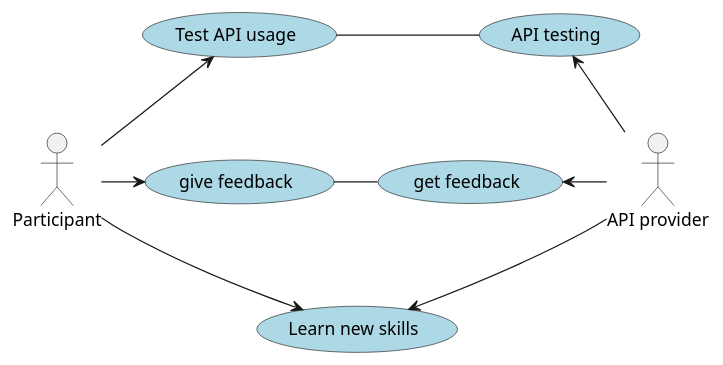
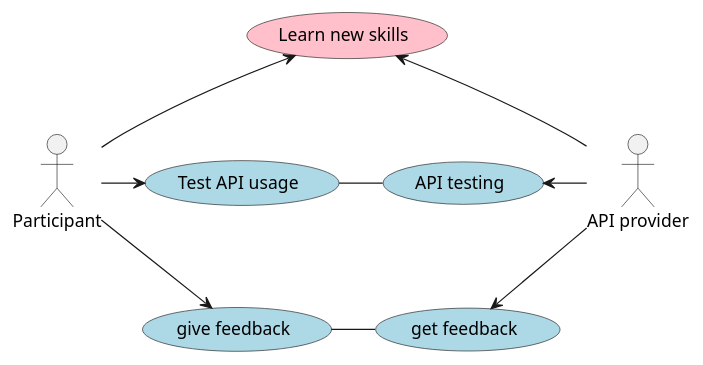
The diagram in FHIR-hackathon-2025/input/images-source/main-use-case.plantuml (HL7Norway/FHIR-hackathon-2025), drawn with PlantUML before and after one commit.

Commit message:
focus on learn new skills in use-case

```diff
--- a/FHIR-hackathon-2025/input/images-source/main-use-case.plantuml
+++ b/FHIR-hackathon-2025/input/images-source/main-use-case.plantuml
@@ -1,51 +1,54 @@
 @startuml
 
 "Participant" as participant
+"API provider" as applikasjon
 
 'rectangle "test" as rect {
+"Learn new skills" as (learn) #pink
 "Test API usage" as (test) #lightblue
 "API testing" as (provide) #lightblue
 "give feedback" as (give) #lightblue
 "get feedback" as (get) #lightblue
-"Learn new skills" as (learn) #lightblue
+
 
 '(test) -down[hidden]- (give)
 '(provide) -down[hidden]- (get)
-"API provider" as applikasjon
+applikasjon -up-> learn
 applikasjon -left-> provide
-applikasjon -left-> get
+applikasjon -down-> get
 get -left- give
 provide -left- test
-participant -down-> learn
-applikasjon -down-> learn
+provide -down[hidden]- get
+participant -up-> learn
+
 'source -down- applikasjon
 '}
 'actor "Pasient" as pasient 
 '[API] as api
 '"skrive informasjon" as (skrive) #lightblue
 
 test -[hidden]down- give
 'api -[hidden]right- pasient
 
-participant -up-> test
+participant -right-> test
 'søke <-down- pasient
 
-participant -right-> (give)
+participant -down-> (give)
 '(give) <-right- pasient
 'kliniker -down-> (skrive)
 
 'pasient -left-> give
 'pasient -[hidden]left-> skrive
 'pasient -down-> skrive
 
 '(søke) -down- app
 'app -down- (give)
 '(give) -right- app
 'app -down- pasient
 'skrive -down- dokumentasjon
 'give -down- presentasjon
 
 'api .up. give
 'api .down. skrive
 
 @enduml
```
